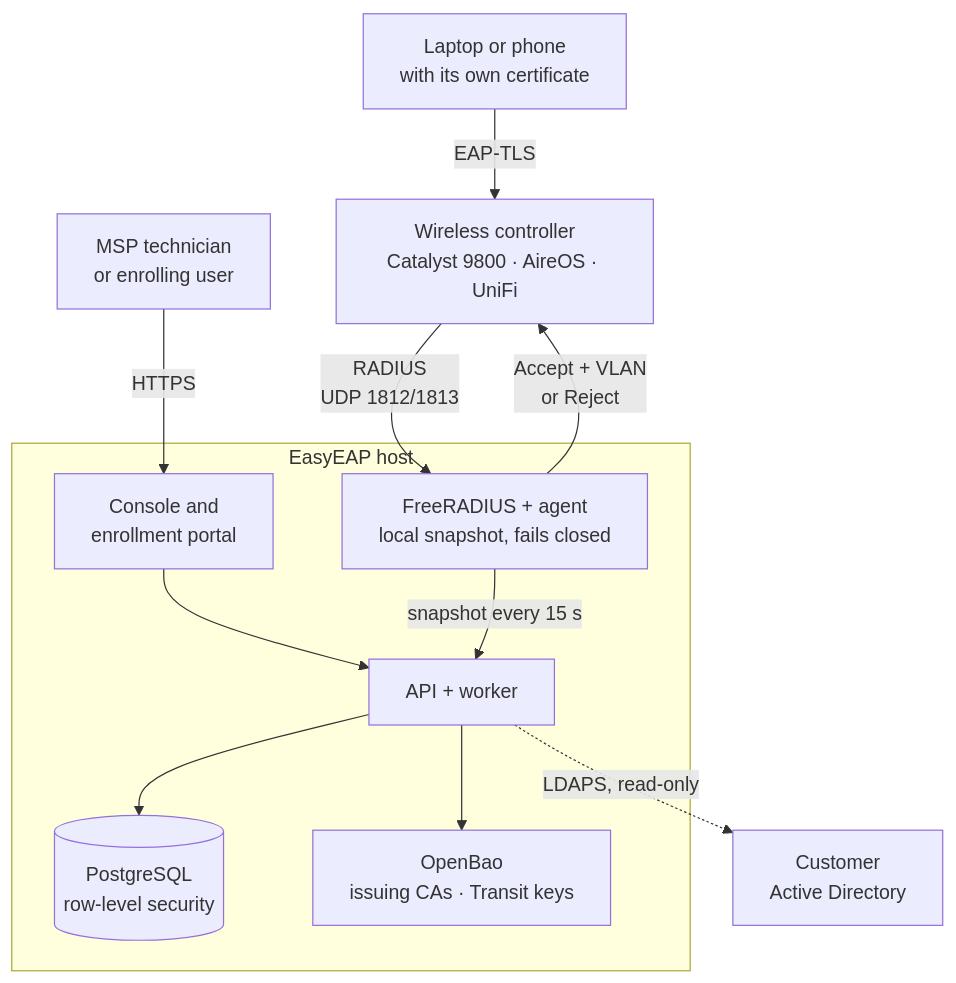
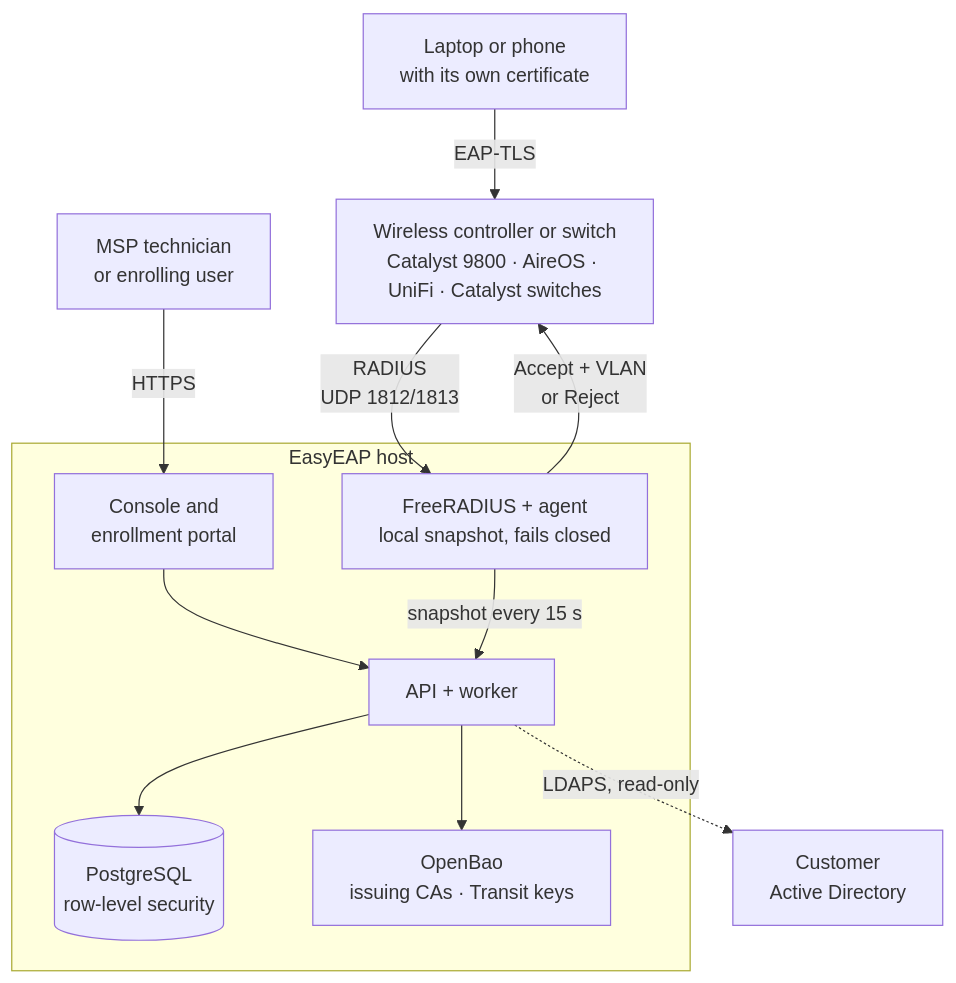
One commit to paulmataruso/EasyEAP changed the diagram in README.md. Above: the diagram before and after it, drawn with Mermaid. The commit also changed other lines of this file and 72 other files, not shown here.

````diff
--- a/README.md
+++ b/README.md
@@ -153,23 +153,23 @@
 ```mermaid
 flowchart TB
   device["Laptop or phone<br/>with its own certificate"]
-  wlc["Wireless controller<br/>Catalyst 9800 · AireOS · UniFi"]
+  wlc["Wireless controller or switch<br/>Catalyst 9800 · AireOS · UniFi · Catalyst switches"]
   admin["MSP technician<br/>or enrolling user"]
   subgraph host["EasyEAP host"]
     radius["FreeRADIUS + agent<br/>local snapshot, fails closed"]
     console["Console and<br/>enrollment portal"]
     api["API + worker"]
     db[("PostgreSQL<br/>row-level security")]
     bao["OpenBao<br/>issuing CAs · Transit keys"]
   end
   ad["Customer<br/>Active Directory"]
   device -- "EAP-TLS" --> wlc
   wlc -- "RADIUS<br/>UDP 1812/1813" --> radius
   radius -- "Accept + VLAN<br/>or Reject" --> wlc
   admin -- "HTTPS" --> console
   console --> api
   radius -- "snapshot every 15 s" --> api
   api --> db
   api --> bao
   api -. "LDAPS, read-only" .-> ad
 ```
````
